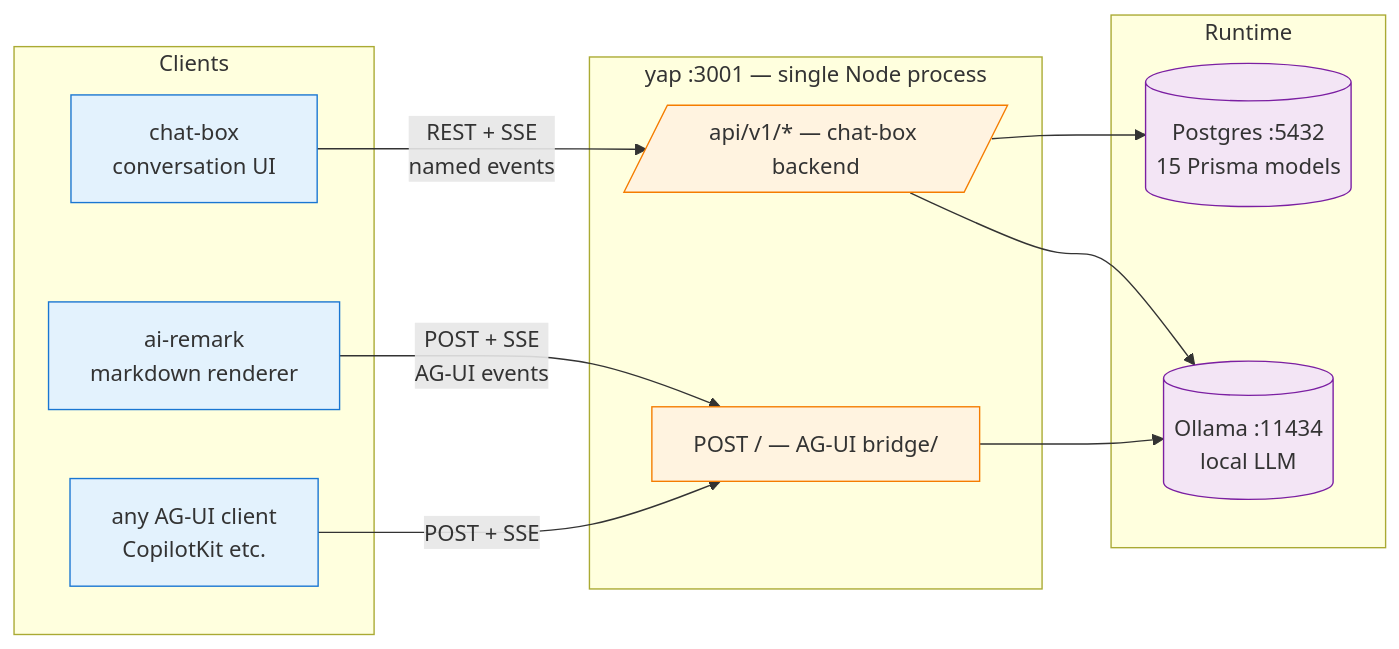
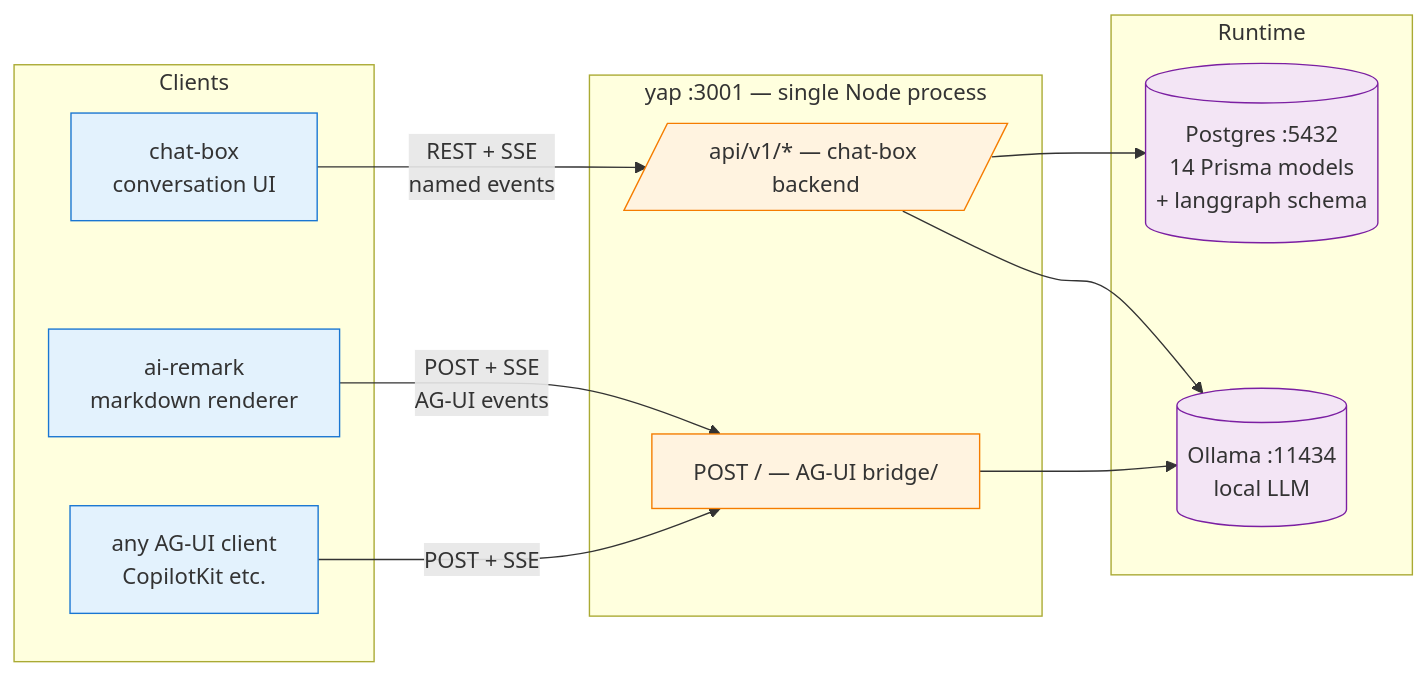
Before and after one commit to hasangilak/yap: the first of 9 diagrams in docs/architecture.md, drawn with Mermaid. The commit also changed other lines of this file and 4 other files, not shown here.

````diff
--- a/docs/architecture.md
+++ b/docs/architecture.md
@@ -11,33 +11,33 @@
 ```mermaid
 flowchart LR
     subgraph Clients
         CB[chat-box<br/>conversation UI]
         AR[ai-remark<br/>markdown renderer]
         AGUI[any AG-UI client<br/>CopilotKit etc.]
     end
 
     subgraph yap[yap :3001 — single Node process]
         API[/api/v1/* — chat-box backend/]
         AGU[POST / — AG-UI bridge/]
     end
 
     subgraph Runtime
         OL[(Ollama :11434<br/>local LLM)]
-        PG[(Postgres :5432<br/>15 Prisma models)]
+        PG[(Postgres :5432<br/>14 Prisma models<br/>+ langgraph schema)]
     end
 
     CB -->|REST + SSE<br/>named events| API
     AR -->|POST + SSE<br/>AG-UI events| AGU
     AGUI -->|POST + SSE| AGU
 
     API --> PG
     API --> OL
     AGU --> OL
 
     classDef client fill:#e3f2fd,stroke:#1976d2
     classDef surface fill:#fff3e0,stroke:#f57c00
     classDef runtime fill:#f3e5f5,stroke:#7b1fa2
     class CB,AR,AGUI client
     class API,AGU surface
     class OL,PG runtime
 ```
````
